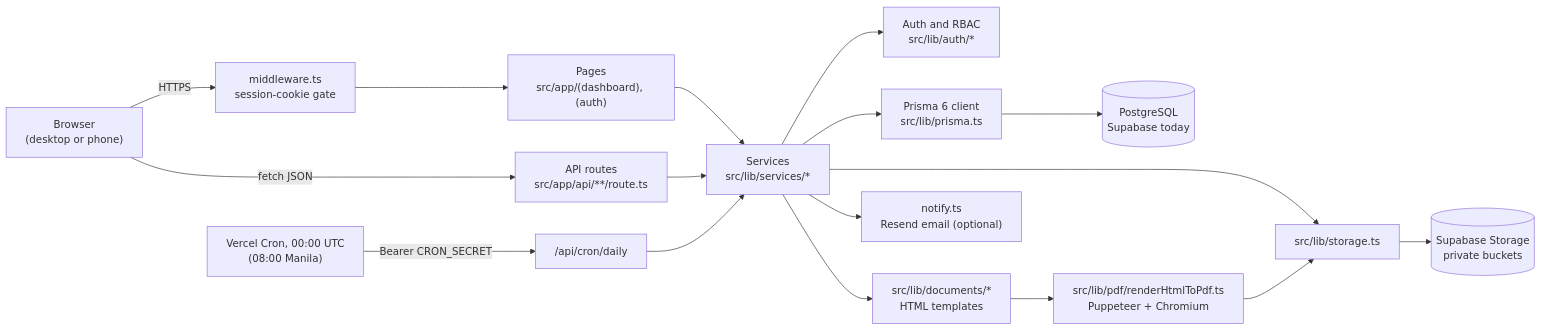
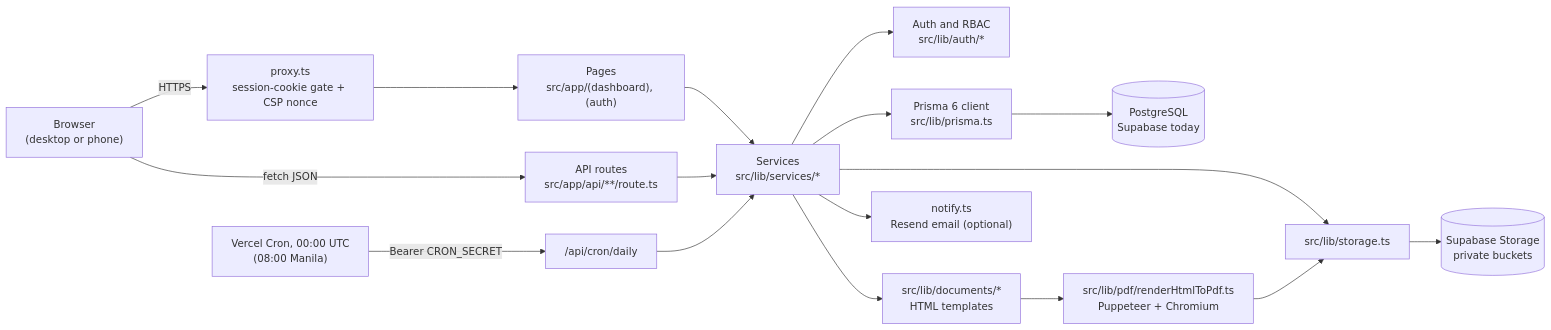
The first of 2 diagrams in docs/system/08-technical-design.md (team-beacon-slu/idsms-cis), drawn with Mermaid before and after one commit. The commit also changed other lines of this file and 291 other files, not shown here.

````diff
--- a/docs/system/08-technical-design.md
+++ b/docs/system/08-technical-design.md
@@ -13,19 +13,19 @@
 ```mermaid
 flowchart LR
-    B["Browser<br/>(desktop or phone)"] -->|HTTPS| MW["middleware.ts<br/>session-cookie gate"]
+    B["Browser<br/>(desktop or phone)"] -->|HTTPS| MW["proxy.ts<br/>session-cookie gate + CSP nonce"]
     MW --> P["Pages<br/>src/app/(dashboard), (auth)"]
     B -->|fetch JSON| API["API routes<br/>src/app/api/**/route.ts"]
     P --> S
     API --> S["Services<br/>src/lib/services/*"]
     S --> AUTH["Auth and RBAC<br/>src/lib/auth/*"]
     S --> PR["Prisma 6 client<br/>src/lib/prisma.ts"]
     PR --> DB[("PostgreSQL<br/>Supabase today")]
     S --> ST["src/lib/storage.ts"]
     ST --> OBJ[("Supabase Storage<br/>private buckets")]
     S --> DOC["src/lib/documents/*<br/>HTML templates"]
     DOC --> PDF["src/lib/pdf/renderHtmlToPdf.ts<br/>Puppeteer + Chromium"]
     PDF --> ST
     S --> MAIL["notify.ts<br/>Resend email (optional)"]
     CRON["Vercel Cron, 00:00 UTC<br/>(08:00 Manila)"] -->|Bearer CRON_SECRET| CR["/api/cron/daily"]
     CR --> S
 ```
````
